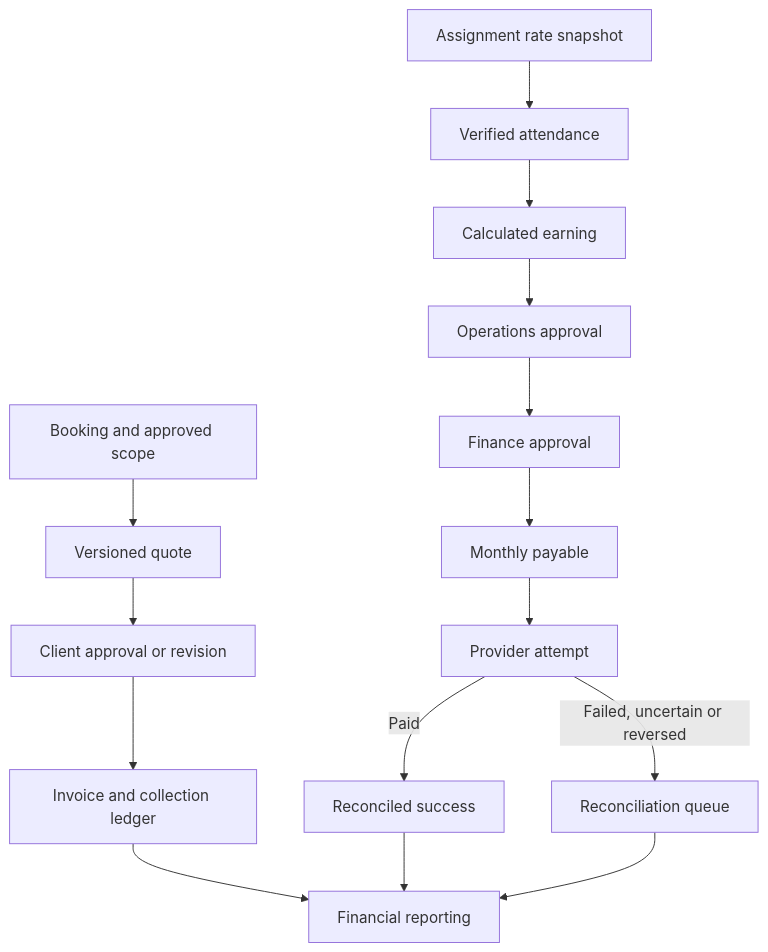
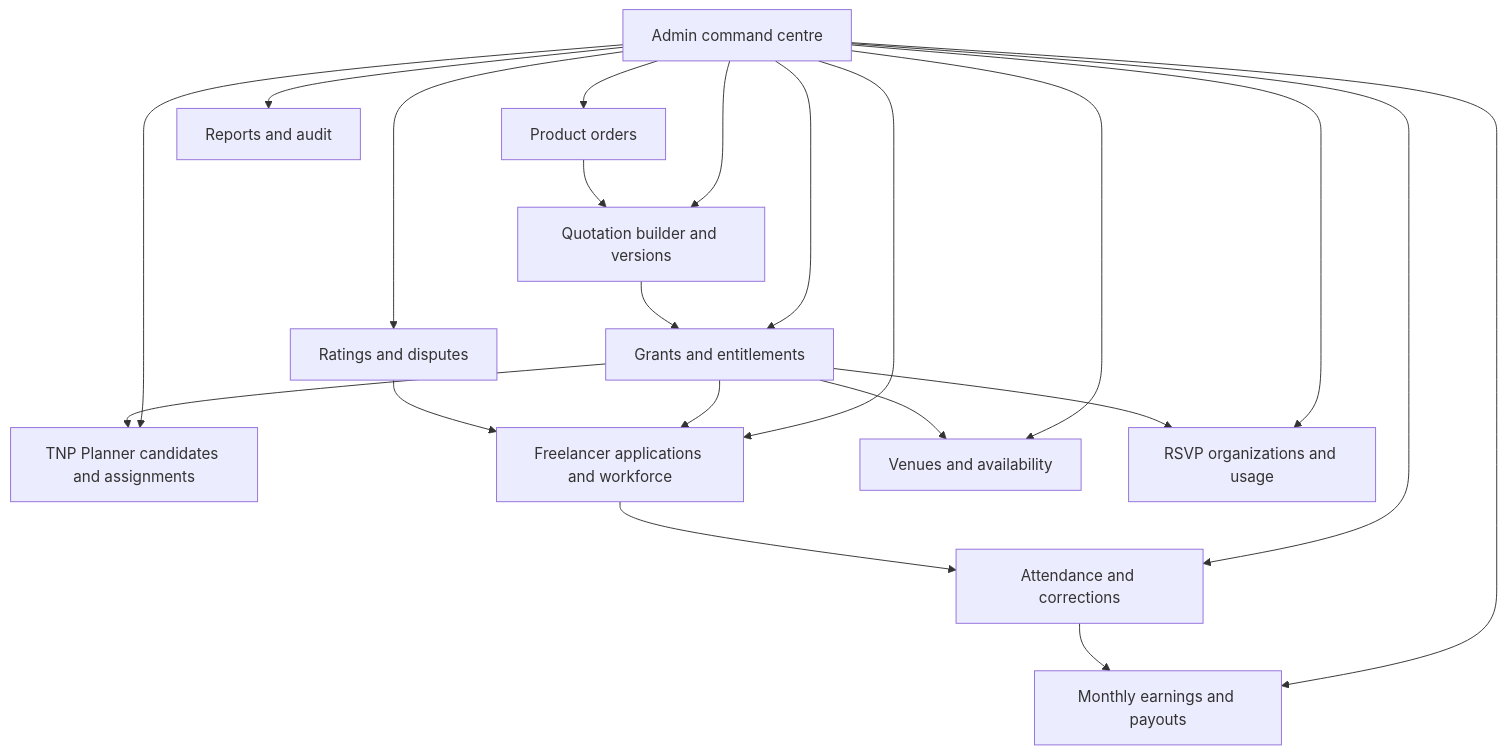
Before and after one commit to tejas104/TNP-Hospitality: diagram 11 of 12 in docs/PLATFORM-USAGE-WORKFLOW-BLUEPRINT.md, drawn with Mermaid. The commit also changed other lines of this file and 10 other files, not shown here.

Commit message:
docs: correct TNP product and operating model

````diff
--- a/docs/PLATFORM-USAGE-WORKFLOW-BLUEPRINT.md
+++ b/docs/PLATFORM-USAGE-WORKFLOW-BLUEPRINT.md
@@ -312,17 +324,24 @@
 ```mermaid
 flowchart TD
-    A[Booking and approved scope] --> B[Versioned quote]
-    B --> C[Client approval or revision]
-    C --> D[Invoice and collection ledger]
-    E[Assignment rate snapshot] --> F[Verified attendance]
-    F --> G[Calculated earning]
-    G --> H[Operations approval]
-    H --> I[Finance approval]
-    I --> J[Monthly payable]
-    J --> K[Provider attempt]
-    K -->|Paid| L[Reconciled success]
-    K -->|Failed, uncertain or reversed| M[Reconciliation queue]
-    D --> N[Financial reporting]
-    L --> N
-    M --> N
+    A[Admin command centre] --> O[Product orders]
+    A --> Q[Quotation builder and versions]
+    A --> G[Grants and entitlements]
+    A --> P[TNP Planner candidates and assignments]
+    A --> W[Freelancer applications and workforce]
+    A --> V[Venues and availability]
+    A --> R[RSVP organizations and usage]
+    A --> AT[Attendance and corrections]
+    A --> RT[Ratings and disputes]
+    A --> F[Monthly earnings and payouts]
+    A --> RP[Reports and audit]
+
+    O --> Q
+    Q --> G
+    G --> P
+    G --> V
+    G --> W
+    G --> R
+    W --> AT
+    AT --> F
+    RT --> W
 ```
````
